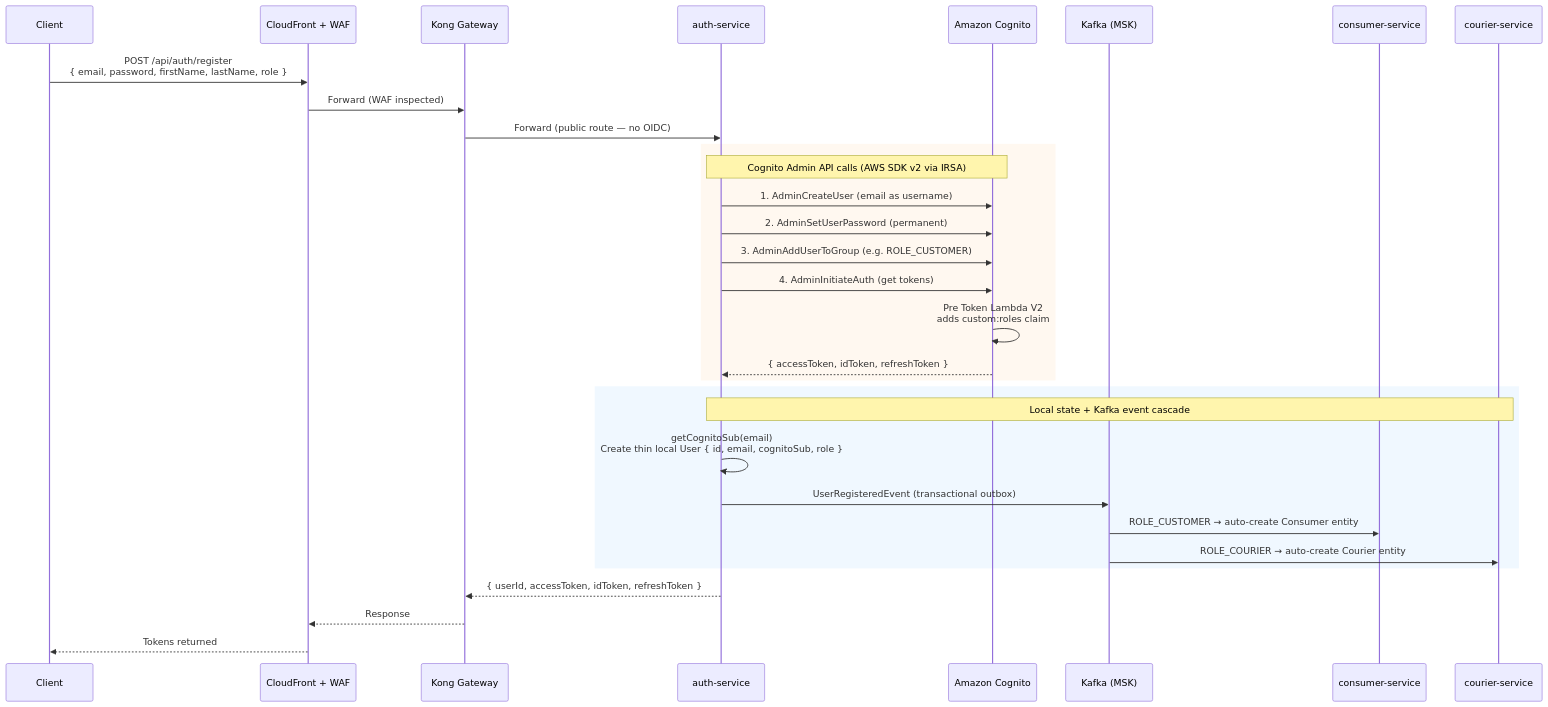
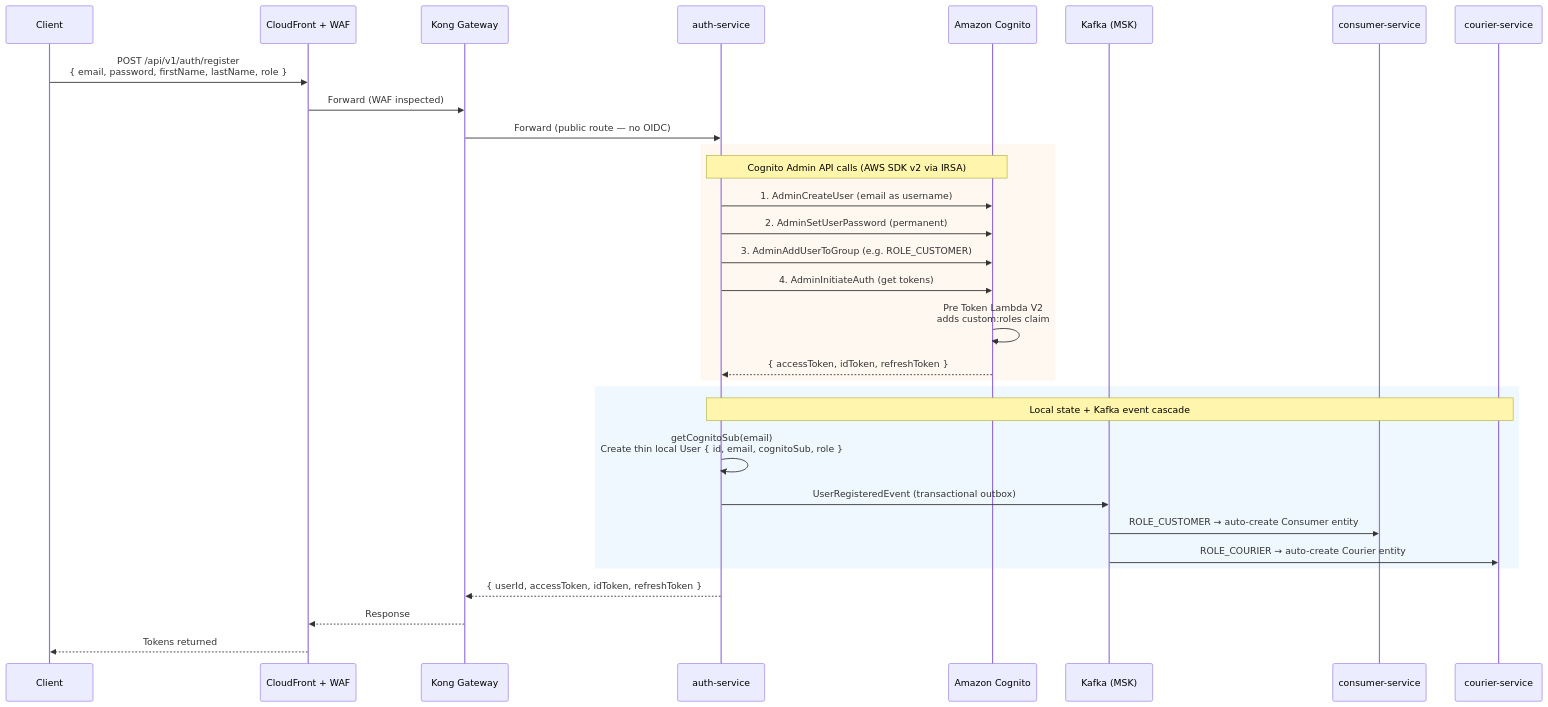
The ninth of 20 diagrams in README.md (shanaka-versent/munchgo-aws-iac), drawn with Mermaid before and after one commit. The commit also changed other lines of this file, not shown here.

First line of the commit message:
Update README — fix API paths, add sagas route, reflect automation

````diff
--- a/README.md
+++ b/README.md
@@ -546,37 +548,37 @@
 ```mermaid
 sequenceDiagram
     participant C as Client
     participant CF as CloudFront + WAF
     participant Kong as Kong Gateway
     participant Auth as auth-service
     participant Cognito as Amazon Cognito
     participant Kafka as Kafka (MSK)
     participant CS as consumer-service
     participant CR as courier-service
 
-    C->>CF: POST /api/auth/register<br/>{ email, password, firstName, lastName, role }
+    C->>CF: POST /api/v1/auth/register<br/>{ email, password, firstName, lastName, role }
     CF->>Kong: Forward (WAF inspected)
     Kong->>Auth: Forward (public route — no OIDC)
 
     rect rgb(255, 248, 240)
         Note over Auth,Cognito: Cognito Admin API calls (AWS SDK v2 via IRSA)
         Auth->>Cognito: 1. AdminCreateUser (email as username)
         Auth->>Cognito: 2. AdminSetUserPassword (permanent)
         Auth->>Cognito: 3. AdminAddUserToGroup (e.g. ROLE_CUSTOMER)
         Auth->>Cognito: 4. AdminInitiateAuth (get tokens)
         Cognito->>Cognito: Pre Token Lambda V2<br/>adds custom:roles claim
         Cognito-->>Auth: { accessToken, idToken, refreshToken }
     end
 
     rect rgb(240, 248, 255)
         Note over Auth,CR: Local state + Kafka event cascade
         Auth->>Auth: getCognitoSub(email)<br/>Create thin local User { id, email, cognitoSub, role }
         Auth->>Kafka: UserRegisteredEvent (transactional outbox)
         Kafka->>CS: ROLE_CUSTOMER → auto-create Consumer entity
         Kafka->>CR: ROLE_COURIER → auto-create Courier entity
     end
 
     Auth-->>Kong: { userId, accessToken, idToken, refreshToken }
     Kong-->>CF: Response
     CF-->>C: Tokens returned
 ```
````
